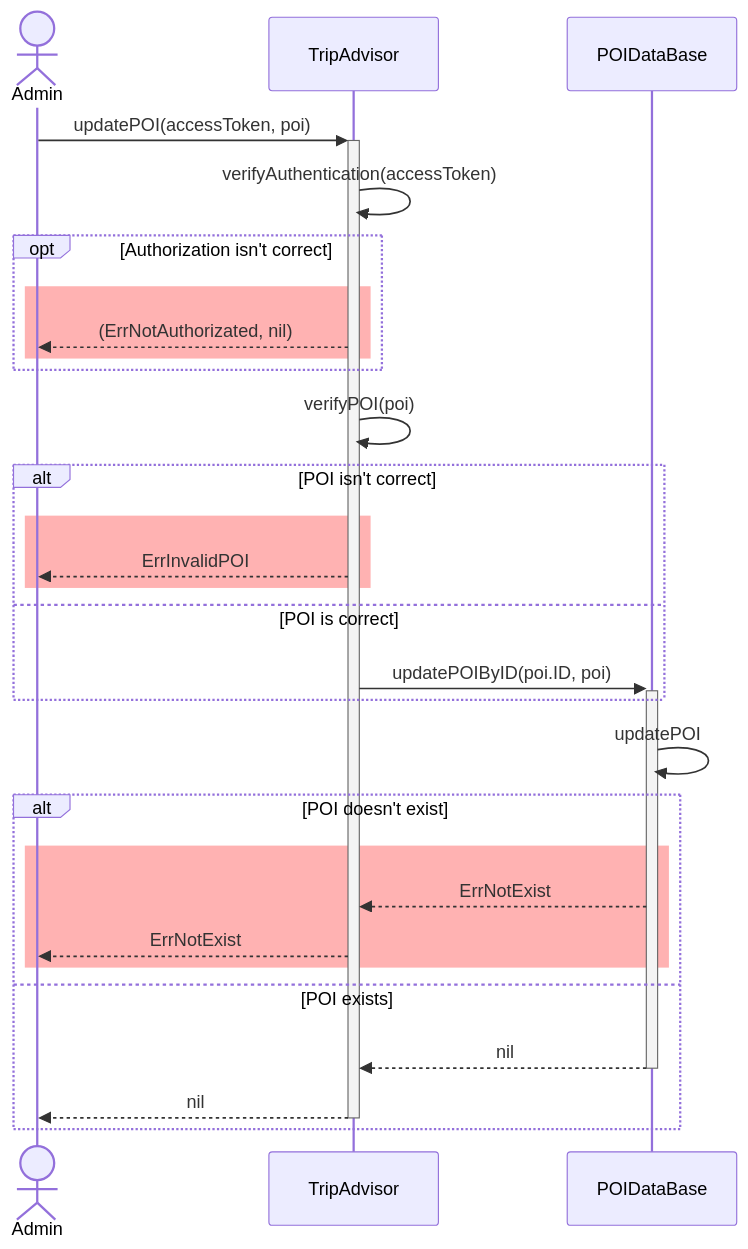
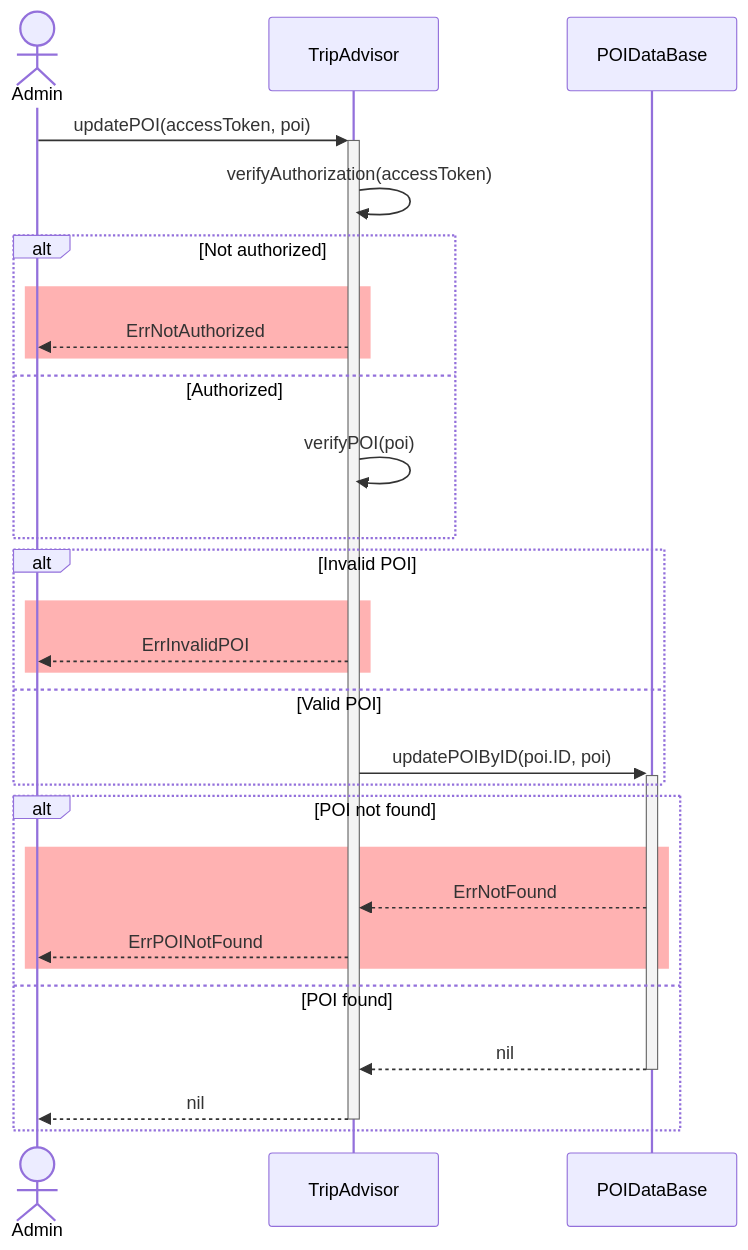
The diagram in uml/src/update_poi.mmd (d-kv/backend-travel-app), drawn with Mermaid before and after one commit. The commit also changed 9 other files, not shown here.

```diff
--- a/uml/src/update_poi.mmd
+++ b/uml/src/update_poi.mmd
@@ -1,35 +1,36 @@
 %% @backgroundColor(Gray)
+
 sequenceDiagram
 	actor Admin as Admin
 	participant Trip as TripAdvisor
 	participant DB as POIDataBase
 
 	Admin->>+Trip: updatePOI(accessToken, poi)
 
-		Trip->>Trip: verifyAuthentication(accessToken)
-		opt Authorization isn't correct
+		Trip->>Trip: verifyAuthorization(accessToken)
+		alt Not authorized
 			rect rgba(255, 0, 0, 0.3)
-				Trip-->>Admin: (ErrNotAuthorizated, nil)
+				Trip-->>Admin: ErrNotAuthorized
 			end
+		else Authorized
+			Trip->>Trip: verifyPOI(poi)
 		end
 
-		Trip->>Trip: verifyPOI(poi)
 
-		alt POI isn't correct
+		alt Invalid POI
 			rect rgba(255, 0, 0, 0.3)
 				Trip-->>Admin: ErrInvalidPOI
 			end
-		else POI is correct
+		else Valid POI
 			Trip->>+DB: updatePOIByID(poi.ID, poi)
 		end
 
-		DB->>DB: updatePOI
-		alt POI doesn't exist
+		alt POI not found
 			rect rgba(255, 0, 0, 0.3)
-				DB-->>Trip: ErrNotExist
-				Trip-->>Admin: ErrNotExist
+				DB-->>Trip: ErrNotFound
+				Trip-->>Admin: ErrPOINotFound
 			end
-		else POI exists
+		else POI found
 			DB-->>-Trip: nil
 			Trip-->>-Admin: nil
 		end
```
